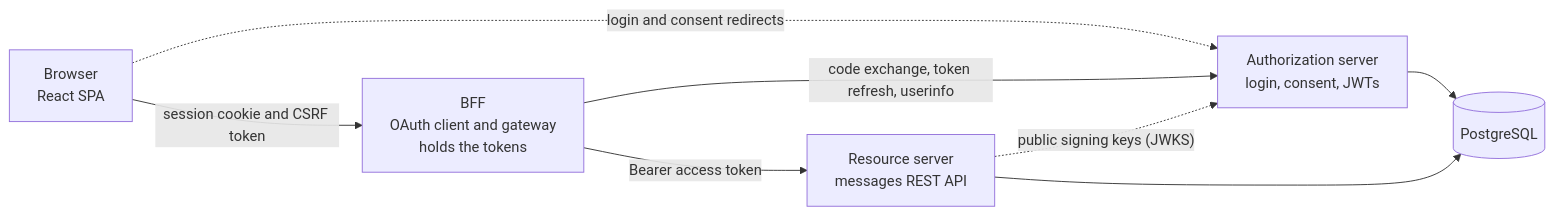
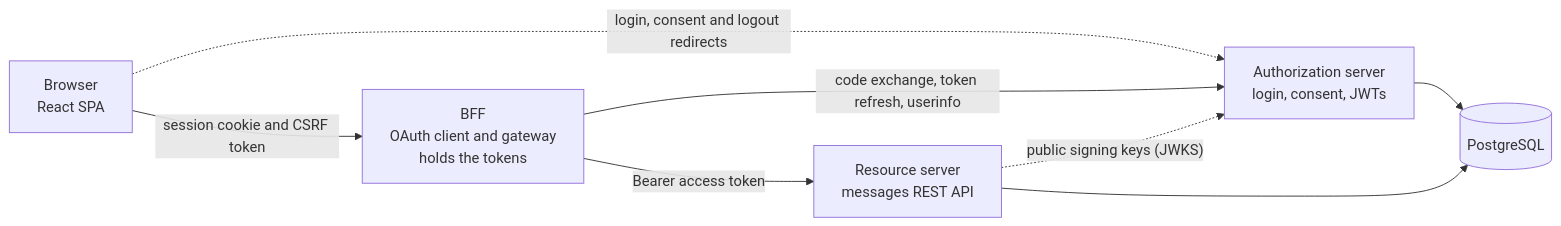
One commit to pinkkila/bff-pattern changed the first of 3 diagrams in README.md. Above: the diagram before and after it, drawn with Mermaid. The commit also changed other lines of this file and 1 other file, not shown here.

````diff
--- a/README.md
+++ b/README.md
@@ -28,15 +29,15 @@
 ```mermaid
 flowchart LR
     Browser["Browser<br/>React SPA"]
     BFF["BFF<br/>OAuth client and gateway<br/>holds the tokens"]
     AS["Authorization server<br/>login, consent, JWTs"]
     RS["Resource server<br/>messages REST API"]
     DB[("PostgreSQL")]
     Browser -- " session cookie and CSRF token " --> BFF
-    Browser -. " login and consent redirects " .-> AS
+    Browser -. " login, consent and logout redirects " .-> AS
     BFF -- " code exchange, token refresh, userinfo " --> AS
     BFF -- " Bearer access token " --> RS
     RS -. " public signing keys (JWKS) " .-> AS
     AS --> DB
     RS --> DB
 ```
````
